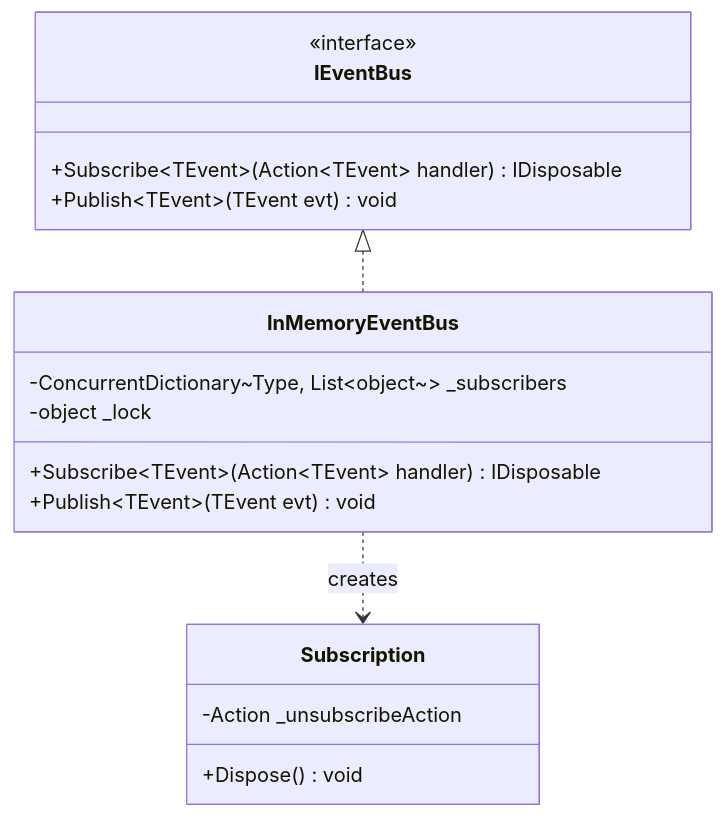
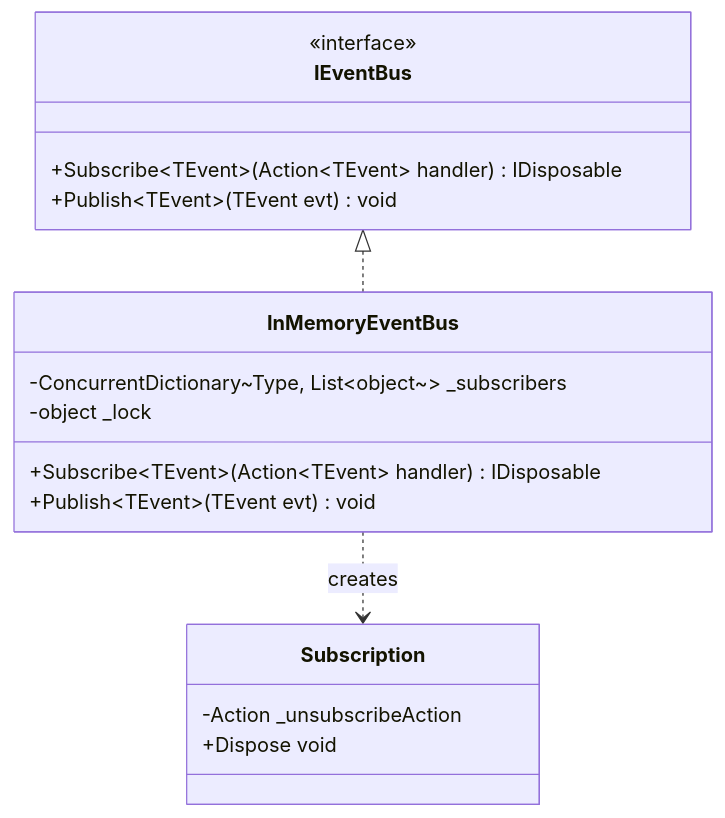
One commit to umashankarp/InterviewQuestions changed the fourth of 5 diagrams in 01-CSharp/04-Delegates-Events-Closures.md. Above: the diagram before and after it, drawn with Mermaid. The commit also changed other lines of this file and 173 other files, not shown here.

````diff
--- a/01-CSharp/04-Delegates-Events-Closures.md
+++ b/01-CSharp/04-Delegates-Events-Closures.md
@@ -628,20 +628,20 @@
 ```mermaid
 classDiagram
-    class IEventBus {
-        <<interface>>
-        +Subscribe~TEvent~(Action~TEvent~ handler) IDisposable
-        +Publish~TEvent~(TEvent evt) void
-    }
-    class InMemoryEventBus {
-        -ConcurrentDictionary~Type, List~object~~ _subscribers
-        -object _lock
-        +Subscribe~TEvent~(Action~TEvent~ handler) IDisposable
-        +Publish~TEvent~(TEvent evt) void
-    }
-    class Subscription {
-        -Action _unsubscribeAction
-        +Dispose() void
-    }
-    IEventBus <|.. InMemoryEventBus
-    InMemoryEventBus ..> Subscription : creates
+ class IEventBus {
+ <<interface>>
+ +Subscribe~TEvent~(Action~TEvent~ handler) IDisposable
+ +Publish~TEvent~(TEvent evt) void
+ }
+ class InMemoryEventBus {
+ -ConcurrentDictionary~Type, List~object~~ _subscribers
+ -object _lock
+ +Subscribe~TEvent~(Action~TEvent~ handler) IDisposable
+ +Publish~TEvent~(TEvent evt) void
+ }
+ class Subscription {
+ -Action _unsubscribeAction
+ +Dispose void
+ }
+ IEventBus <|.. InMemoryEventBus
+ InMemoryEventBus..> Subscription: creates
 ```
````
